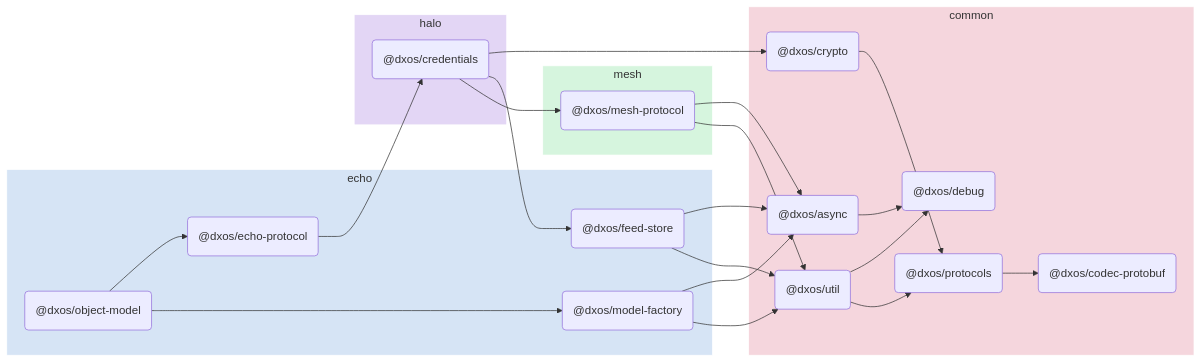
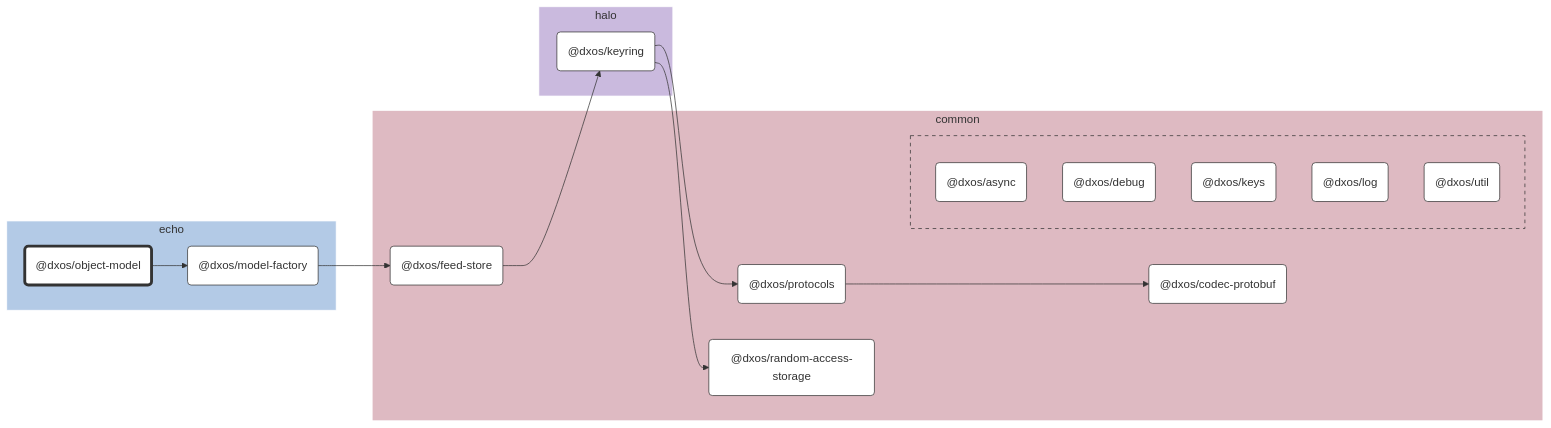
Before and after one commit to dxos/dxos: the diagram in packages/echo/object-model/docs/README.md, drawn with Mermaid. The commit also changed other lines of this file and 89 other files, not shown here.

````diff
--- a/packages/echo/object-model/docs/README.md
+++ b/packages/echo/object-model/docs/README.md
@@ -5,49 +7,79 @@
 ```mermaid
-flowchart LR;
+%%{ init: {'flowchart':{'curve':'basis'}} }%%
 
+flowchart LR
+
+%% Links
+dxos/feed-store --> dxos/keyring;
+dxos/keyring --> dxos/protocols;
+dxos/keyring --> dxos/random-access-storage;
+dxos/model-factory --> dxos/feed-store;
+dxos/object-model --> dxos/model-factory;
+dxos/protocols --> dxos/codec-protobuf;
+
+%% Sections
 subgraph echo
-  style echo fill:#d6e4f5,stroke:#fff;
-  dxos/object-model("@dxos/object-model");
-  dxos/echo-protocol("@dxos/echo-protocol");
-  dxos/feed-store("@dxos/feed-store");
-  dxos/model-factory("@dxos/model-factory");
+  style echo fill:#b3cae6,stroke:#fff;
+
+  dxos/model-factory("@dxos/model-factory")
+  dxos/object-model("@dxos/object-model")
 end
 
 subgraph common
-  style common fill:#f5d6dd,stroke:#fff;
-  dxos/async("@dxos/async");
-  dxos/debug("@dxos/debug");
-  dxos/codec-protobuf("@dxos/codec-protobuf");
-  dxos/crypto("@dxos/crypto");
-  dxos/protocols("@dxos/protocols");
-  dxos/util("@dxos/util");
+  style common fill:#debac2,stroke:#fff;
+
+  dxos/codec-protobuf("@dxos/codec-protobuf")
+  dxos/feed-store("@dxos/feed-store")
+  dxos/protocols("@dxos/protocols")
+  dxos/random-access-storage("@dxos/random-access-storage")
+
+  subgraph common-excluded [ ]
+    style common-excluded fill:#debac2,stroke:#333,stroke-dasharray:5 5;
+
+    dxos/async("@dxos/async")
+    dxos/debug("@dxos/debug")
+    dxos/keys("@dxos/keys")
+    dxos/log("@dxos/log")
+    dxos/util("@dxos/util")
+  end
 end
 
 subgraph halo
-  style halo fill:#e3d6f5,stroke:#fff;
-  dxos/credentials("@dxos/credentials");
+  style halo fill:#cabade,stroke:#fff;
+
+  dxos/keyring("@dxos/keyring")
 end
 
-subgraph mesh
-  style mesh fill:#d6f5de,stroke:#fff;
-  dxos/mesh-protocol("@dxos/mesh-protocol");
-end
 
-dxos/async --> dxos/debug;
-dxos/object-model --> dxos/echo-protocol;
-dxos/echo-protocol --> dxos/credentials;
-dxos/credentials --> dxos/crypto;
-dxos/crypto --> dxos/protocols;
-dxos/protocols --> dxos/codec-protobuf;
-dxos/credentials --> dxos/feed-store;
-dxos/feed-store --> dxos/async;
-dxos/feed-store --> dxos/util;
-dxos/util --> dxos/debug;
-dxos/util --> dxos/protocols;
-dxos/credentials --> dxos/mesh-protocol;
-dxos/mesh-protocol --> dxos/async;
-dxos/mesh-protocol --> dxos/util;
-dxos/object-model --> dxos/model-factory;
-dxos/model-factory --> dxos/async;
-dxos/model-factory --> dxos/util;
+%% Hyperlinks
+click dxos/async "dxos/dxos/tree/main/packages/common/async/docs";
+click dxos/codec-protobuf "dxos/dxos/tree/main/packages/common/codec-protobuf/docs";
+click dxos/debug "dxos/dxos/tree/main/packages/common/debug/docs";
+click dxos/feed-store "dxos/dxos/tree/main/packages/common/feed-store/docs";
+click dxos/keyring "dxos/dxos/tree/main/packages/halo/keyring/docs";
+click dxos/keys "dxos/dxos/tree/main/packages/common/keys/docs";
+click dxos/log "dxos/dxos/tree/main/packages/common/log/docs";
+click dxos/model-factory "dxos/dxos/tree/main/packages/echo/model-factory/docs";
+click dxos/protocols "dxos/dxos/tree/main/packages/common/protocols/docs";
+click dxos/random-access-storage "dxos/dxos/tree/main/packages/common/random-access-storage/docs";
+click dxos/util "dxos/dxos/tree/main/packages/common/util/docs";
+
+%% Styles
+classDef rootNode fill:#fff,stroke:#333,stroke-width:4px
+classDef defaultNode fill:#fff,stroke:#333,stroke-width:1px
+linkStyle default stroke:#333,stroke-width:1px
+
+dxos/object-model:::rootNode
+
+dxos/async:::defaultNode
+dxos/codec-protobuf:::defaultNode
+dxos/debug:::defaultNode
+dxos/feed-store:::defaultNode
+dxos/keyring:::defaultNode
+dxos/keys:::defaultNode
+dxos/log:::defaultNode
+dxos/model-factory:::defaultNode
+dxos/protocols:::defaultNode
+dxos/random-access-storage:::defaultNode
+dxos/util:::defaultNode
 ```
````
